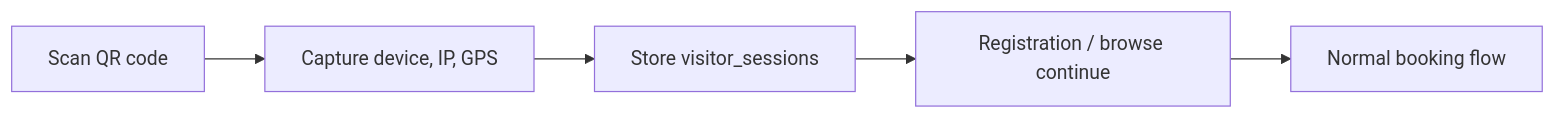
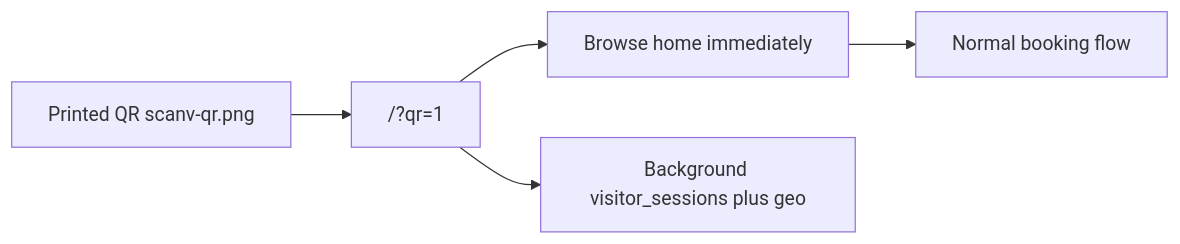
The third of 5 diagrams in docs/ScanV-App-Flowcharts.md (scanversecorp/scanverse), drawn with Mermaid before and after one commit. The commit also changed other lines of this file and 14 other files, not shown here.

First line of the commit message:
Update architecture and data-flow diagrams for v5.5.3.

````diff
--- a/docs/ScanV-App-Flowcharts.md
+++ b/docs/ScanV-App-Flowcharts.md
@@ -79,7 +58,7 @@
 ```mermaid
 flowchart LR
-    Q[Scan QR code] --> C[Capture device, IP, GPS]
-    C --> S[Store visitor_sessions]
-    S --> R[Registration / browse continue]
-    R --> B[Normal booking flow]
+    Q[Printed QR scanv-qr.png] --> U["/?qr=1"]
+    U --> B[Browse home immediately]
+    U --> C[Background visitor_sessions plus geo]
+    B --> D[Normal booking flow]
 ```
````
